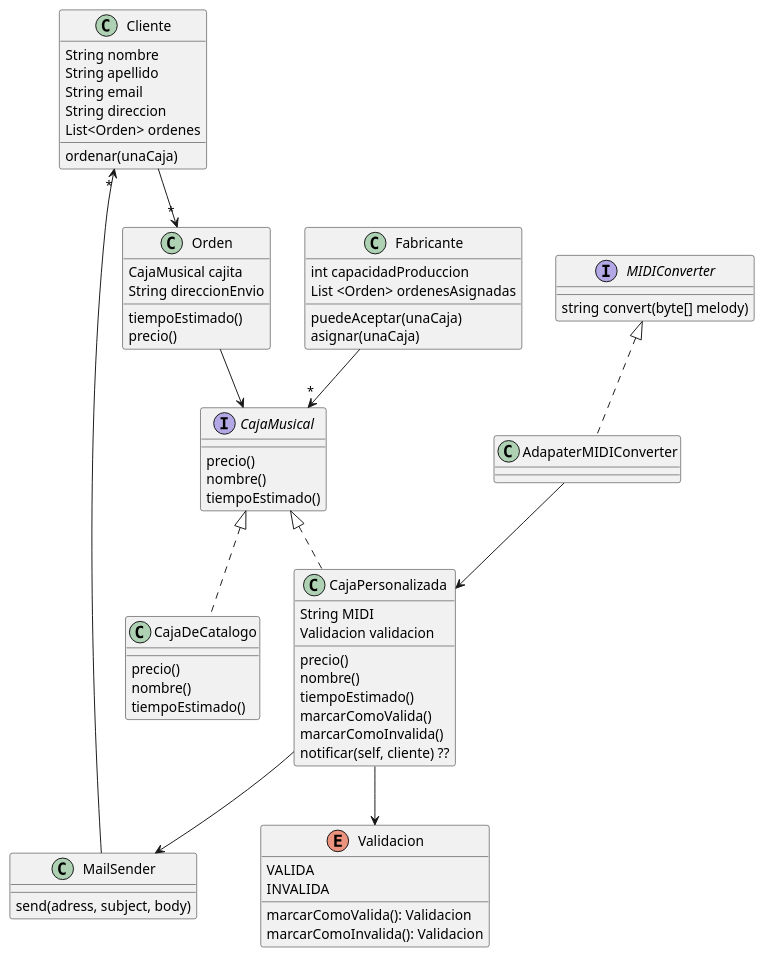
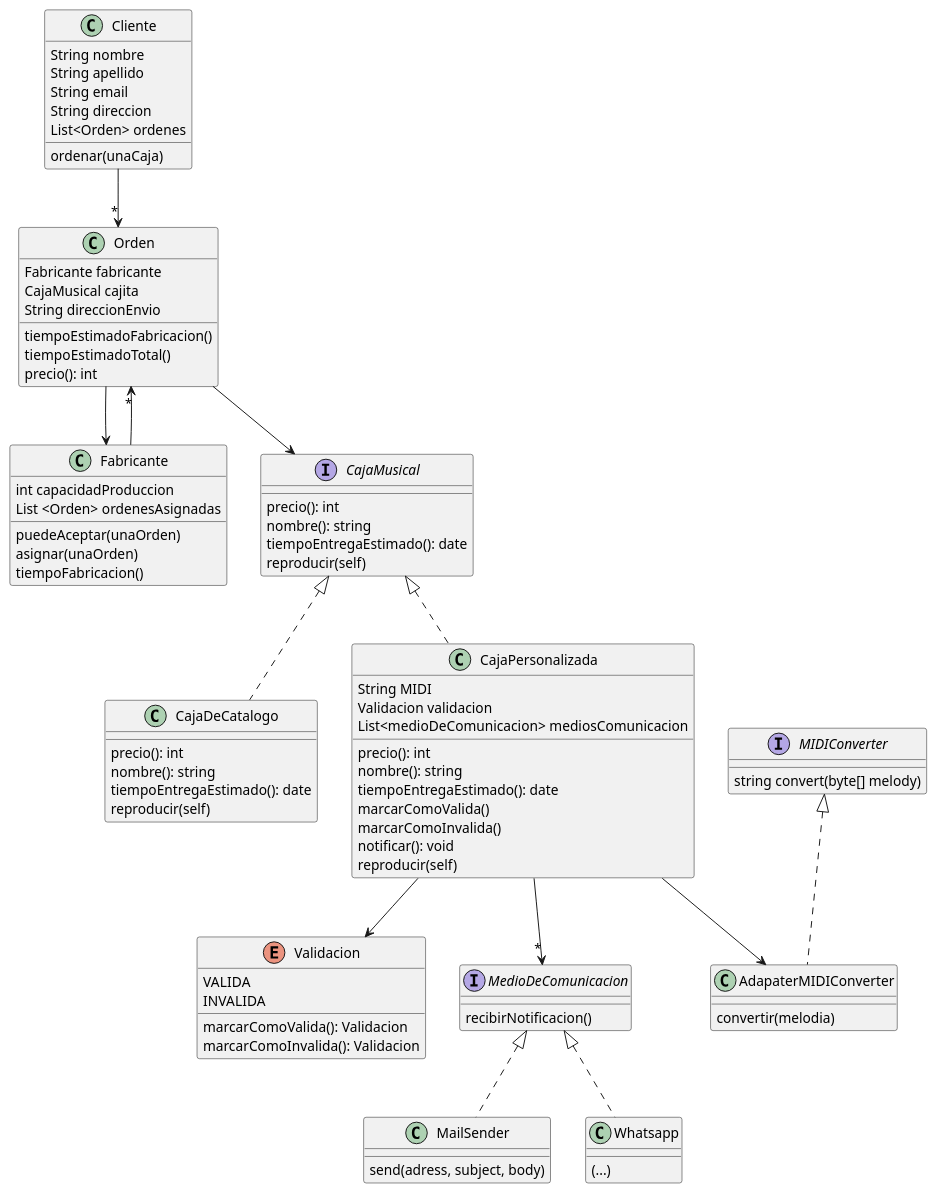
Before and after one commit to NicolasOcchi/DDS-1ros-Parciales: the diagram in src/main/java/Notesbox/Notesbox_diagrama.puml, drawn with PlantUML.

Commit message:
avanzando notesbox

```diff
--- a/src/main/java/Notesbox/Notesbox_diagrama.puml
+++ b/src/main/java/Notesbox/Notesbox_diagrama.puml
@@ -1,82 +1,95 @@
 @startuml
 'https://plantuml.com/class-diagram
 
 class Cliente{
 String nombre
 String apellido
 String email
 String direccion
 List<Orden> ordenes
 ordenar(unaCaja)
 }
 
 Cliente -->"*" Orden
 
 class Orden{
+Fabricante fabricante
 CajaMusical cajita
 String direccionEnvio
-tiempoEstimado()
-precio()
+tiempoEstimadoFabricacion()
+tiempoEstimadoTotal()
+precio(): int
 }
-
+Orden --> Fabricante
 Orden --> CajaMusical
 
 interface CajaMusical{
-precio()
-nombre()
-tiempoEstimado()
+precio(): int
+nombre(): string
+tiempoEntregaEstimado(): date
+reproducir(self)
 }
 
 class CajaDeCatalogo implements CajaMusical{
-precio()
-nombre()
-tiempoEstimado()
+precio(): int
+nombre(): string
+tiempoEntregaEstimado(): date
+reproducir(self)
 }
 
 class CajaPersonalizada implements CajaMusical{
 String MIDI
 Validacion validacion
-precio()
-nombre()
-tiempoEstimado()
+List<medioDeComunicacion> mediosComunicacion
+precio(): int
+nombre(): string
+tiempoEntregaEstimado(): date
 marcarComoValida()
 marcarComoInvalida()
-notificar(self, cliente) ??
+notificar(): void
+reproducir(self)
 }
 
 CajaPersonalizada --> Validacion
 'enum con compartamiento
 enum Validacion{
 VALIDA
 INVALIDA
 marcarComoValida(): Validacion
 marcarComoInvalida(): Validacion
 }
 
-
 interface MIDIConverter{
 string convert(byte[] melody)
 }
 
 class AdapaterMIDIConverter implements MIDIConverter{
+    convertir(melodia)
 }
 
-AdapaterMIDIConverter --> CajaPersonalizada
+CajaPersonalizada --> AdapaterMIDIConverter
+CajaPersonalizada -->"*" MedioDeComunicacion
 
+interface MedioDeComunicacion{
+    recibirNotificacion()
+}
 
-MailSender -->"*" Cliente
-CajaPersonalizada --> MailSender
-class MailSender{
+class MailSender implements MedioDeComunicacion{
 send(adress, subject, body)
 }
 
-Fabricante -->"*" CajaMusical
+class Whatsapp implements MedioDeComunicacion{
+(...)
+}
+
+Fabricante -->"*" Orden
 
 class Fabricante{
 int capacidadProduccion
 List <Orden> ordenesAsignadas
-puedeAceptar(unaCaja)
-asignar(unaCaja)
+puedeAceptar(unaOrden)
+asignar(unaOrden)
+tiempoFabricacion()
 }
 
 @enduml
```
